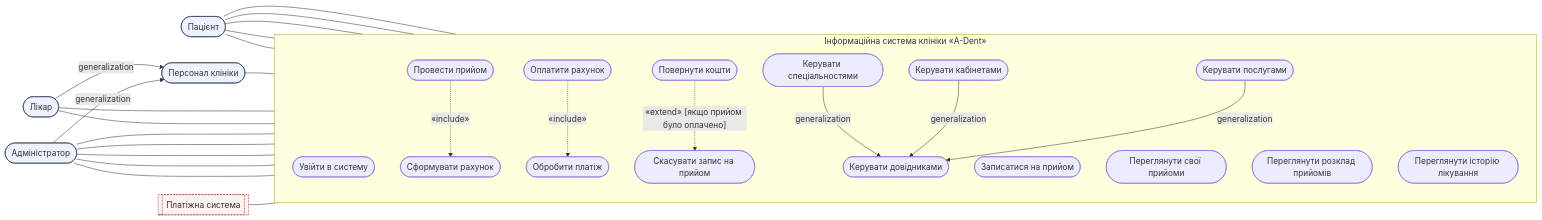
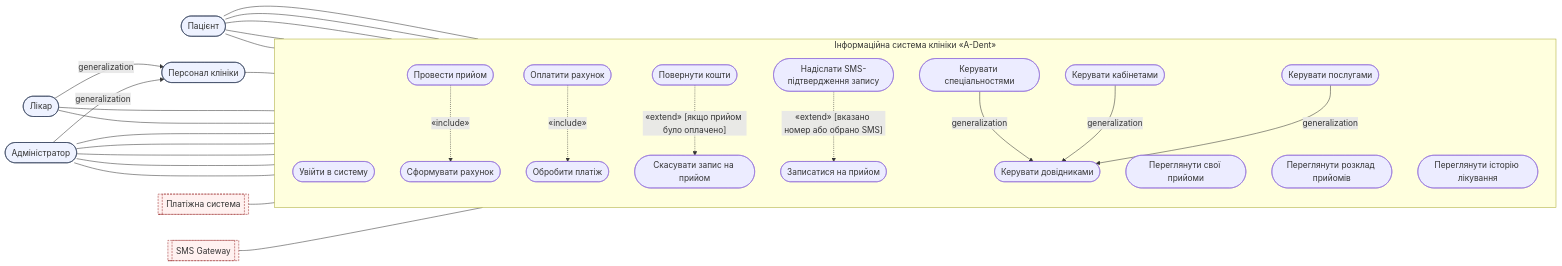
The diagram in use-case-diagram.mmd (dvsqwx/KPI), drawn with Mermaid before and after one commit. The commit also changed 2 other files, not shown here.

Commit message:
add UC10 and SMSGateway to cover REQ-09 confirmation

```diff
--- a/use-case-diagram.mmd
+++ b/use-case-diagram.mmd
@@ -1,82 +1,86 @@
 %% Use Case діаграма — «Приватна стоматологічна клініка A-Dent»
 %% Примітка щодо нотації: Mermaid не має єдиної стабільної across-renderer нотації
 %% класичного UML use-case (порожній трикутник генералізації, людські акторні "стіки").
 %% Тому діаграма побудована на flowchart, що гарантовано рендериться в будь-якій версії Mermaid:
 %%   - актори-люди: заокруглений прямокутник (stadium), клас actorHuman
 %%   - зовнішня система (Платіжна система): подвійна рамка (subroutine), клас actorSystem, пунктирна межа
 %%   - use case: овал (stadium) всередині підсистеми SYS
 %%   - асоціація актор–use case: звичайна лінія без стрілки
 %%   - «include»: пунктирна стрілка з підписом «include», від базового UC до включеного
 %%   - «extend»: пунктирна стрілка з підписом «extend», від розширення до базового UC
 %%   - генералізація: суцільна стрілка з підписом "generalization" (наближення — замінює порожній трикутник)
 
 flowchart LR
 
     %% ===== Актори =====
     Patient(["Пацієнт"]):::actorHuman
     Doctor(["Лікар"]):::actorHuman
     Admin(["Адміністратор"]):::actorHuman
     Staff(["Персонал клініки"]):::actorHuman
     PaymentSys[["Платіжна система"]]:::actorSystem
+    SMSGateway[["SMS Gateway"]]:::actorSystem
 
     %% Генералізація акторів: Лікар і Адміністратор — спеціалізації Персоналу клініки
     Doctor -->|"generalization"| Staff
     Admin -->|"generalization"| Staff
 
     %% ===== Межа системи =====
     subgraph SYS["Інформаційна система клініки «A-Dent»"]
         direction TB
 
         UC0(["Увійти в систему"])
 
         UC1(["Записатися на прийом"])
         UC2(["Переглянути свої прийоми"])
         UC3(["Скасувати запис на прийом"])
         UC4(["Переглянути розклад прийомів"])
         UC5(["Провести прийом"])
         UC6(["Сформувати рахунок"])
         UC7(["Оплатити рахунок"])
         UC8(["Обробити платіж"])
         UC9(["Повернути кошти"])
+        UC10(["Надіслати SMS-підтвердження запису"])
         UC11(["Переглянути історію лікування"])
 
         UC12(["Керувати довідниками"])
         UC12a(["Керувати спеціальностями"])
         UC12b(["Керувати кабінетами"])
         UC12c(["Керувати послугами"])
     end
 
     %% ===== Асоціації: Пацієнт =====
     Patient --- UC1
     Patient --- UC2
     Patient --- UC3
     Patient --- UC7
     Patient --- UC11
 
     %% ===== Асоціації: успадковано через Staff, плюс власні =====
     Staff --- UC0
     Doctor --- UC4
     Doctor --- UC5
     Admin --- UC1
     Admin --- UC3
     Admin --- UC4
     Admin --- UC9
     Admin --- UC12
 
     %% ===== Асоціація: зовнішня система =====
     PaymentSys --- UC8
+    SMSGateway --- UC10
 
     %% ===== Include (обов'язковий крок) =====
     UC5 -.->|"«include»"| UC6
     UC7 -.->|"«include»"| UC8
 
     %% ===== Extend (опційне розширення за умови) =====
     UC9 -.->|"«extend» [якщо прийом було оплачено]"| UC3
+    UC10 -.->|"«extend» [вказано номер або обрано SMS]"| UC1
 
     %% ===== Генералізація use cases =====
     UC12a -->|"generalization"| UC12
     UC12b -->|"generalization"| UC12
     UC12c -->|"generalization"| UC12
 
     classDef actorHuman fill:#eef2ff,stroke:#33415c,stroke-width:1px;
     classDef actorSystem fill:#fff1f0,stroke:#9b2c2c,stroke-width:1px,stroke-dasharray:4 2;
```
